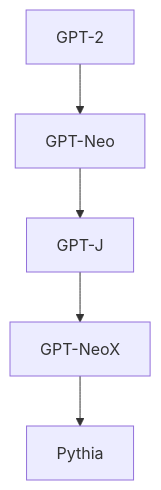
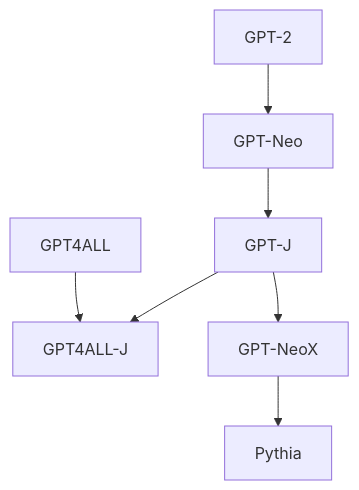
One commit to ted-sharp/chatvox changed the fourth of 14 diagrams in doc/llm.md. Above: the diagram before and after it, drawn with Mermaid. The commit also changed other lines of this file, not shown here.

````diff
--- a/doc/llm.md
+++ b/doc/llm.md
@@ -205,5 +225,7 @@
 ```mermaid
 flowchart
 
+GPT4ALL --> GPT4ALL-J
+GPT-J --> GPT4ALL-J
 GPT-2 --> GPT-Neo --> GPT-J --> GPT-NeoX --> Pythia
 ```
````
